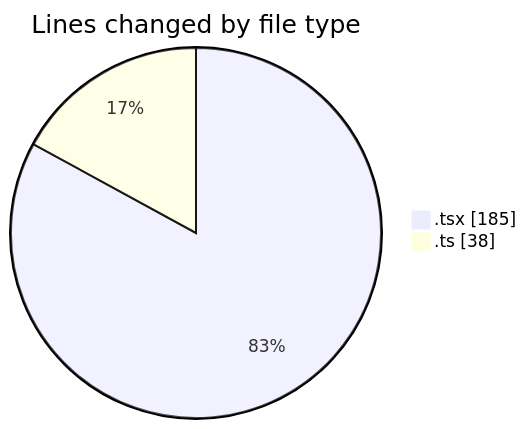
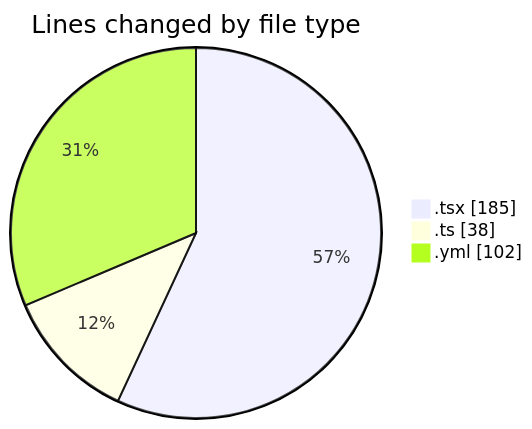
One commit to Elitesun/code-tracking changed the first of 2 diagrams in 2025-05-16/niten/README.md. Above: the diagram before and after it, drawn with Mermaid. The commit also changed other lines of this file and 1 other file, not shown here.

````diff
--- a/2025-05-16/niten/README.md
+++ b/2025-05-16/niten/README.md
@@ -22,6 +23,7 @@
 ```mermaid
 pie showData
 title Lines changed by file type
 ".tsx" : 185
 ".ts" : 38
+".yml" : 102
 ```
````
